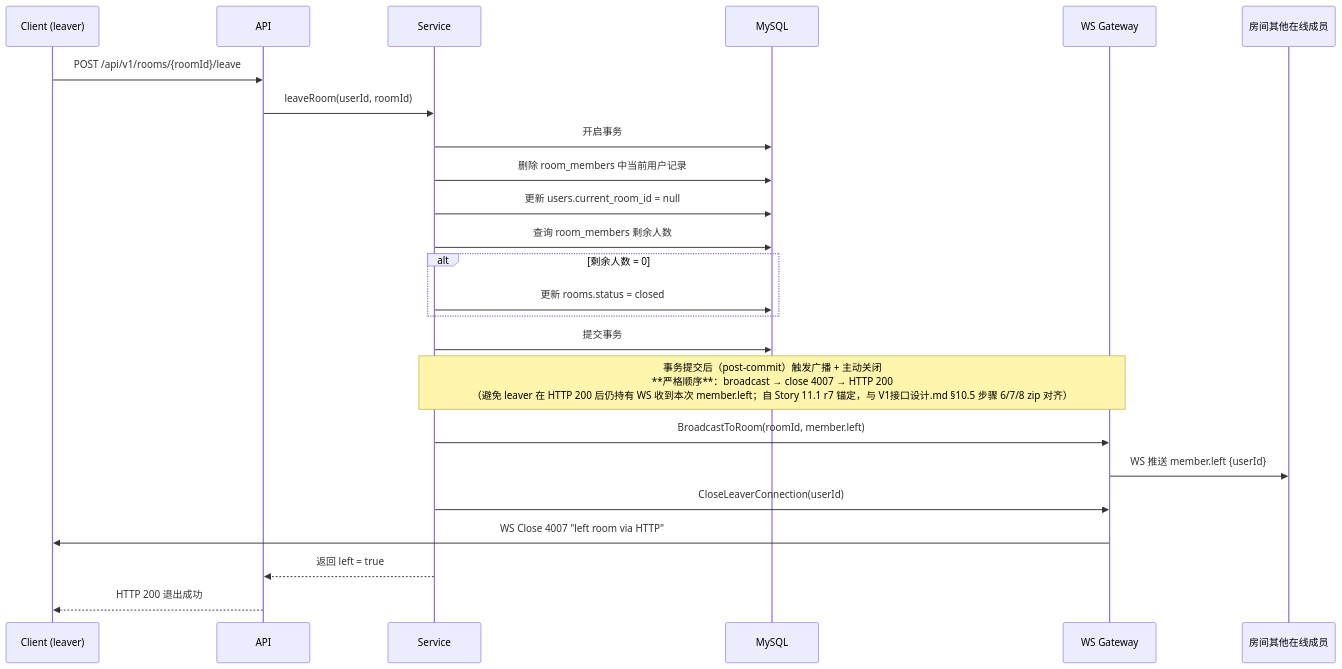
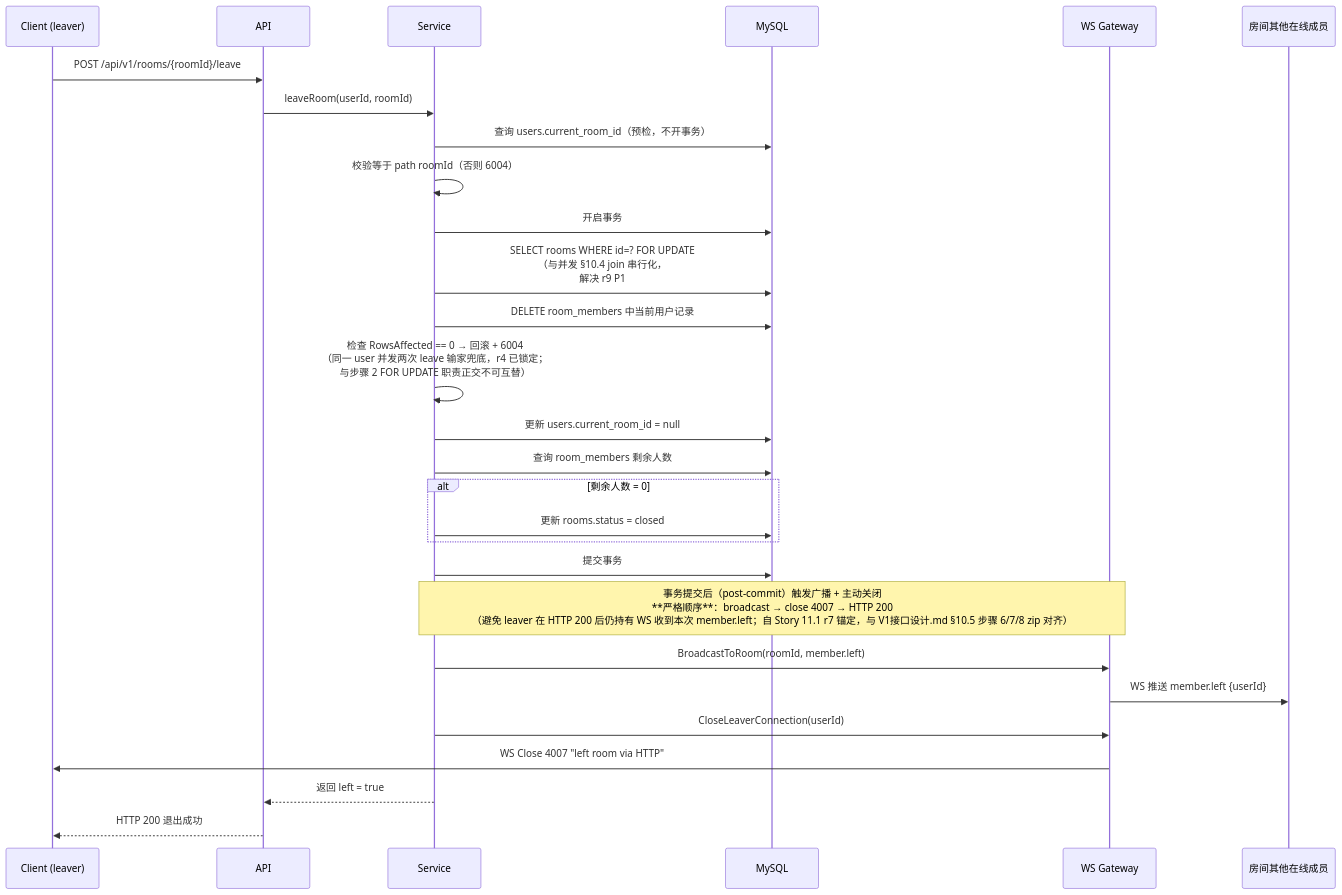
The tenth of 12 diagrams in docs/宠物互动App_时序图与核心业务流程设计.md (huing7373/catc), drawn with Mermaid before and after one commit. The commit also changed other lines of this file and 5 other files, not shown here.

````diff
--- a/docs/宠物互动App_时序图与核心业务流程设计.md
+++ b/docs/宠物互动App_时序图与核心业务流程设计.md
@@ -483,27 +483,31 @@
 ```mermaid
 sequenceDiagram
     participant Client as Client (leaver)
     participant API
     participant Service
     participant MySQL
     participant WSGateway as WS Gateway
     participant Others as 房间其他在线成员
 
     Client->>API: POST /api/v1/rooms/{roomId}/leave
     API->>Service: leaveRoom(userId, roomId)
+    Service->>MySQL: 查询 users.current_room_id（预检，不开事务）
+    Service->>Service: 校验等于 path roomId（否则 6004）
     Service->>MySQL: 开启事务
-    Service->>MySQL: 删除 room_members 中当前用户记录
+    Service->>MySQL: SELECT rooms WHERE id=? FOR UPDATE<br/>（与并发 §10.4 join 串行化，<br/>解决 r9 P1#2 cross-tx race；<br/>找不到行 → 1009 内部状态不一致）
+    Service->>MySQL: DELETE room_members 中当前用户记录
+    Service->>Service: 检查 RowsAffected == 0 → 回滚 + 6004<br/>（同一 user 并发两次 leave 输家兜底，r4 已锁定；<br/>与步骤 2 FOR UPDATE 职责正交不可互替）
     Service->>MySQL: 更新 users.current_room_id = null
     Service->>MySQL: 查询 room_members 剩余人数
     alt 剩余人数 = 0
         Service->>MySQL: 更新 rooms.status = closed
     end
     Service->>MySQL: 提交事务
     Note over Service,WSGateway: 事务提交后（post-commit）触发广播 + 主动关闭<br/>**严格顺序**：broadcast → close 4007 → HTTP 200<br/>（避免 leaver 在 HTTP 200 后仍持有 WS 收到本次 member.left；自 Story 11.1 r7 锚定，与 V1接口设计.md §10.5 步骤 6/7/8 zip 对齐）
     Service->>WSGateway: BroadcastToRoom(roomId, member.left)
     WSGateway->>Others: WS 推送 member.left {userId}
     Service->>WSGateway: CloseLeaverConnection(userId)
     WSGateway->>Client: WS Close 4007 "left room via HTTP"
     Service-->>API: 返回 left = true
     API-->>Client: HTTP 200 退出成功
 ```
````
